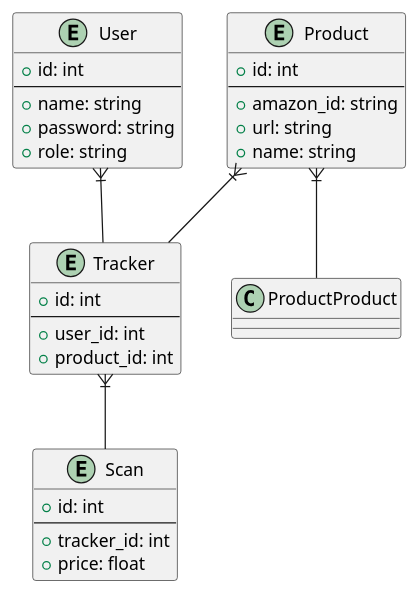
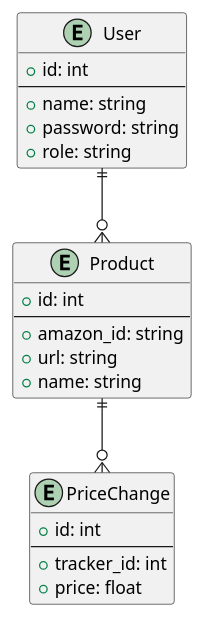
Before and after one commit to sebastienservouze/amazon-tracker-api: the diagram in docs/puml/db_schema.puml, drawn with PlantUML. The commit also changed 13 other files, not shown here.

```diff
--- a/docs/puml/db_schema.puml
+++ b/docs/puml/db_schema.puml
@@ -1,39 +1,30 @@
 @startuml
 'https://plantuml.com/class-diagram
 
 entity "User" {
     + id: int
     --
     + name: string
     + password: string
     + role: string
 }
 
 entity "Product" {
     + id: int
     --
     + amazon_id: string
     + url: string
     + name: string
 }
 
-entity "Tracker" {
-    + id: int
-    --
-    + user_id: int
-    + product_id: int
-}
-
-entity "Scan" {
+entity "PriceChange" {
     + id: int
     --
     + tracker_id: int
     + price: float
 }
 
-User }|-- Tracker
-Product }|-- Tracker
-Tracker }|-- Scan
-Product }|-- ProductProduct
+User ||--o{ Product
+Product ||--o{ PriceChange
 
 @enduml
```
